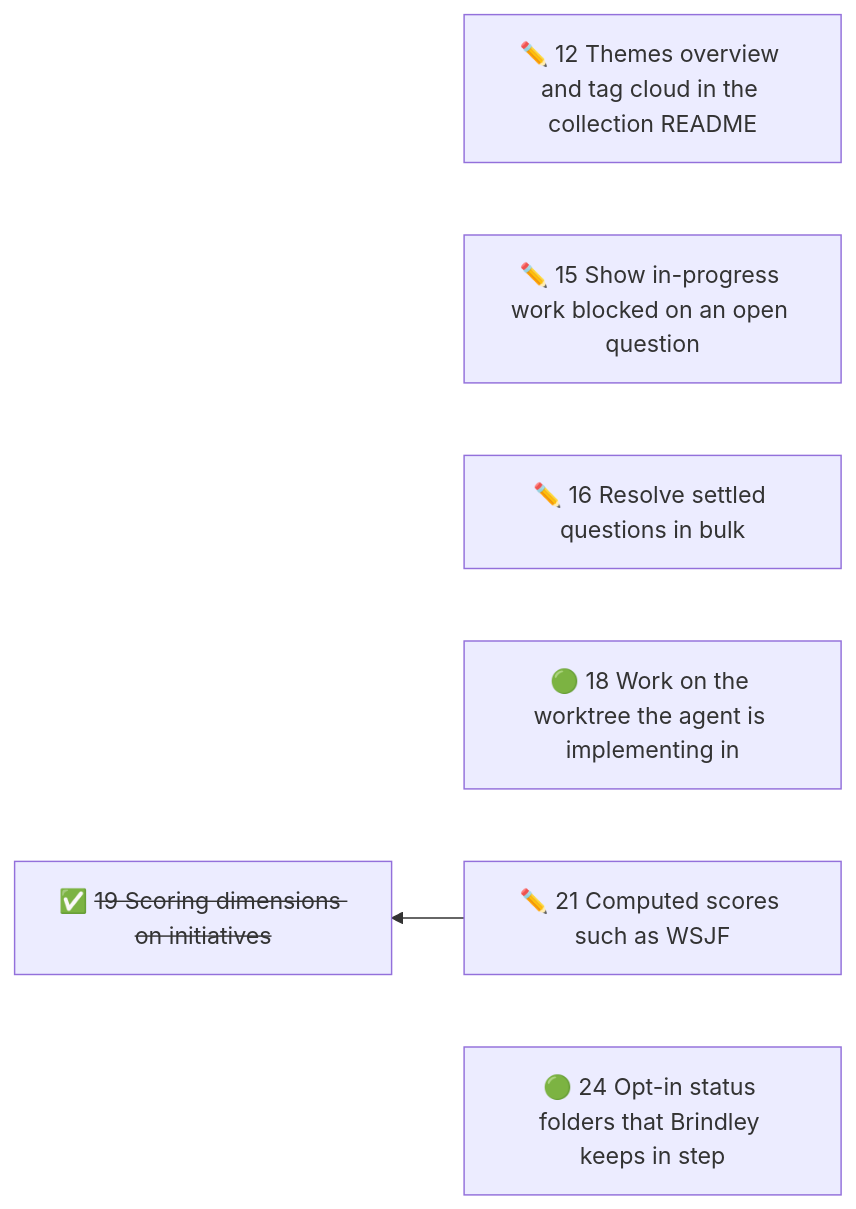
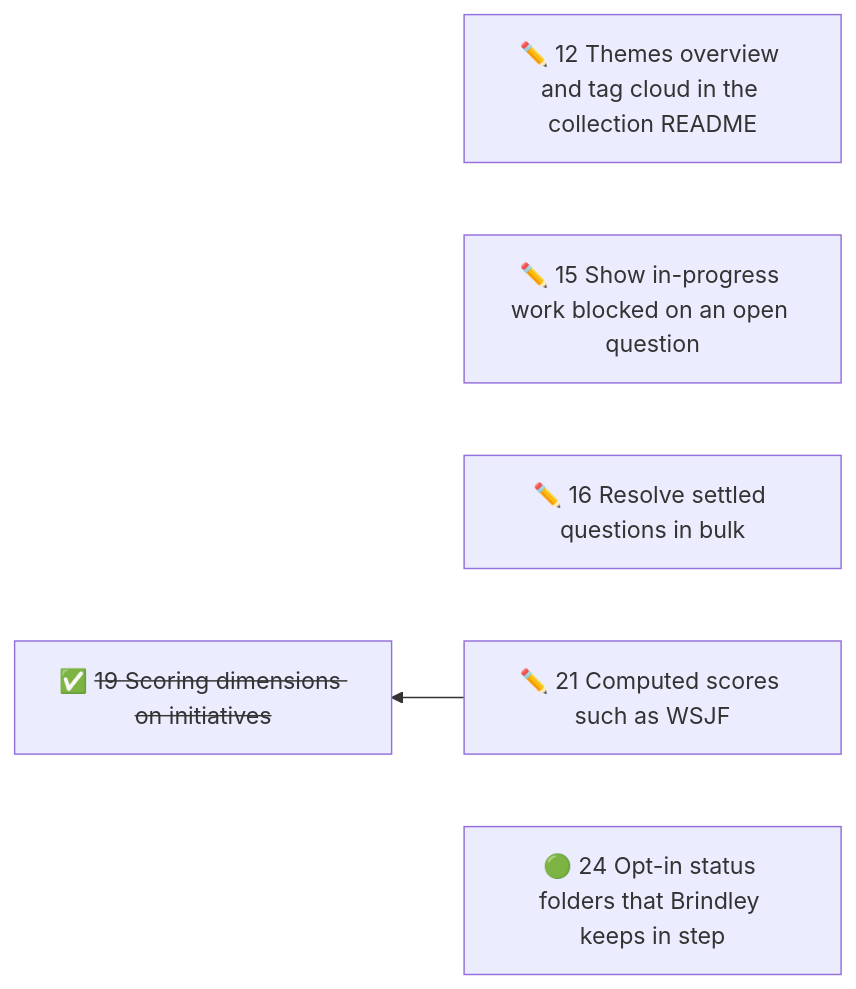
The diagram in initiatives/README.md (duckAsteroid/brindley), drawn with Mermaid before and after one commit. The commit also changed other lines of this file and 6 other files, not shown here.

First line of the commit message:
feat: use_worktree switches the server to the worktree an agent builds in

````diff
--- a/initiatives/README.md
+++ b/initiatives/README.md
@@ -33,11 +32,10 @@
 ```mermaid
 flowchart RL
   n12["✏️ 12 Themes overview and tag cloud in the collection README"]
   n15["✏️ 15 Show in-progress work blocked on an open question"]
   n16["✏️ 16 Resolve settled questions in bulk"]
-  n18["🟢 18 Work on the worktree the agent is implementing in"]
   n21["✏️ 21 Computed scores such as WSJF"]
   n24["🟢 24 Opt-in status folders that Brindley keeps in step"]
   n19["✅ <s>19 Scoring dimensions on initiatives</s>"]
   n21 --> n19
 ```
````
